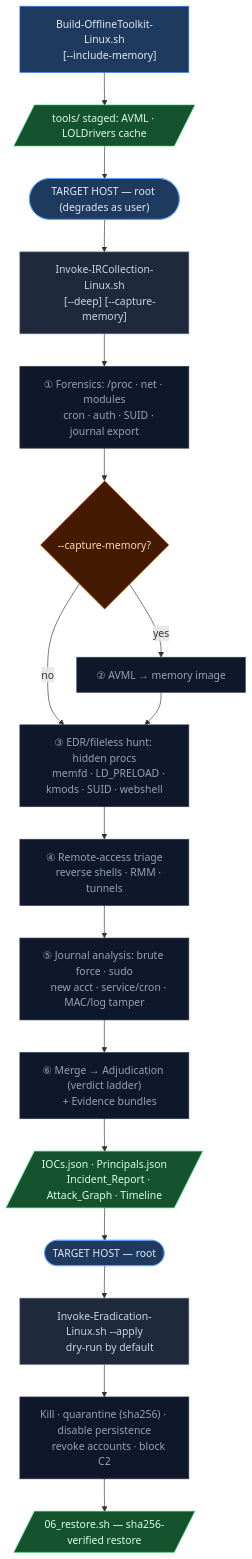
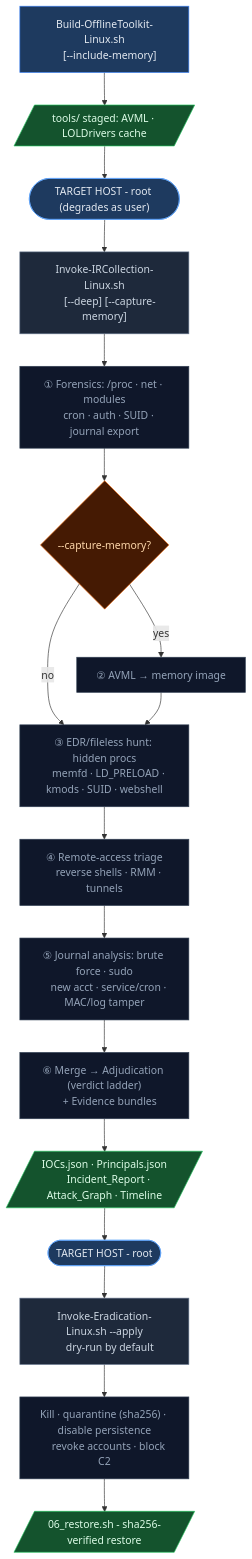
The diagram in WORKFLOW-LINUX.md (robert-iw3/ir_toolkit), drawn with Mermaid before and after one commit. The commit also changed other lines of this file and 72 other files, not shown here.

````diff
--- a/WORKFLOW-LINUX.md
+++ b/WORKFLOW-LINUX.md
@@ -14,39 +14,39 @@
 ```mermaid
 flowchart TD
     A1["Build-OfflineToolkit-Linux.sh
     [--include-memory]"]:::prep
     A1 --> A2[/"tools/ staged: AVML · LOLDrivers cache"/]:::artifact
 
-    A2 --> B0(["TARGET HOST — root (degrades as user)"]):::phase
+    A2 --> B0(["TARGET HOST - root (degrades as user)"]):::phase
     B0 --> B1["Invoke-IRCollection-Linux.sh
     [--deep] [--capture-memory]"]:::tool
     B1 --> B2["① Forensics: /proc · net · modules
     cron · auth · SUID · journal export"]:::step
     B2 --> B3{"--capture-memory?"}:::decision
     B3 -->|yes| B4["② AVML → memory image"]:::step
     B3 -->|no| B5
     B4 --> B5["③ EDR/fileless hunt: hidden procs
     memfd · LD_PRELOAD · kmods · SUID · webshell"]:::step
     B5 --> B6["④ Remote-access triage
     reverse shells · RMM · tunnels"]:::step
     B6 --> B7["⑤ Journal analysis: brute force · sudo
     new acct · service/cron · MAC/log tamper"]:::step
     B7 --> B8["⑥ Merge → Adjudication (verdict ladder)
     + Evidence bundles"]:::step
     B8 --> B9[/"IOCs.json · Principals.json
     Incident_Report · Attack_Graph · Timeline"/]:::artifact
 
-    B9 --> D0(["TARGET HOST — root"]):::phase
+    B9 --> D0(["TARGET HOST - root"]):::phase
     D0 --> D1["Invoke-Eradication-Linux.sh --apply
     dry-run by default"]:::tool
     D1 --> D2["Kill · quarantine (sha256) · disable persistence
     revoke accounts · block C2"]:::step
-    D2 --> D3[/"06_restore.sh — sha256-verified restore"/]:::artifact
+    D2 --> D3[/"06_restore.sh - sha256-verified restore"/]:::artifact
 
     classDef prep  fill:#1e3a5f,stroke:#3b82f6,color:#e2e8f0
     classDef phase fill:#1e3a5f,stroke:#60a5fa,color:#e2e8f0,rx:20
     classDef tool  fill:#1e293b,stroke:#64748b,color:#cbd5e1
     classDef step  fill:#0f172a,stroke:#334155,color:#94a3b8
     classDef artifact fill:#14532d,stroke:#22c55e,color:#dcfce7
     classDef decision fill:#451a03,stroke:#f97316,color:#fed7aa
 ```
````
